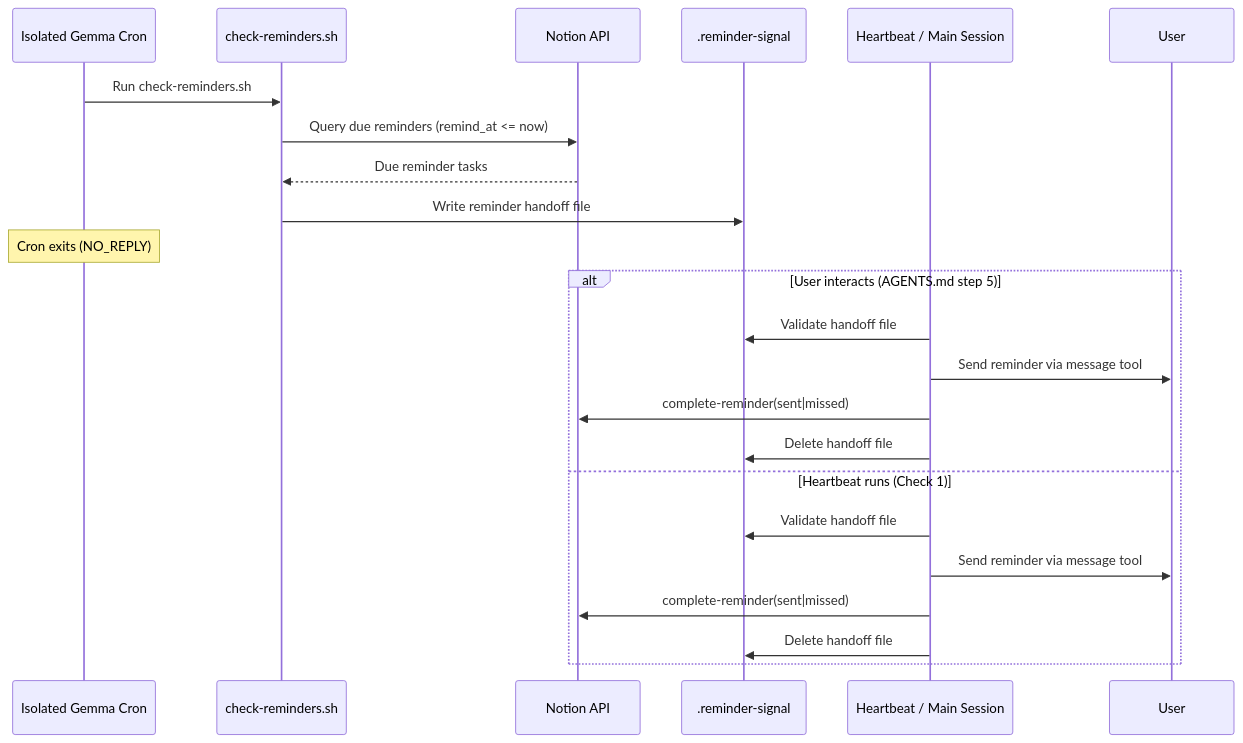
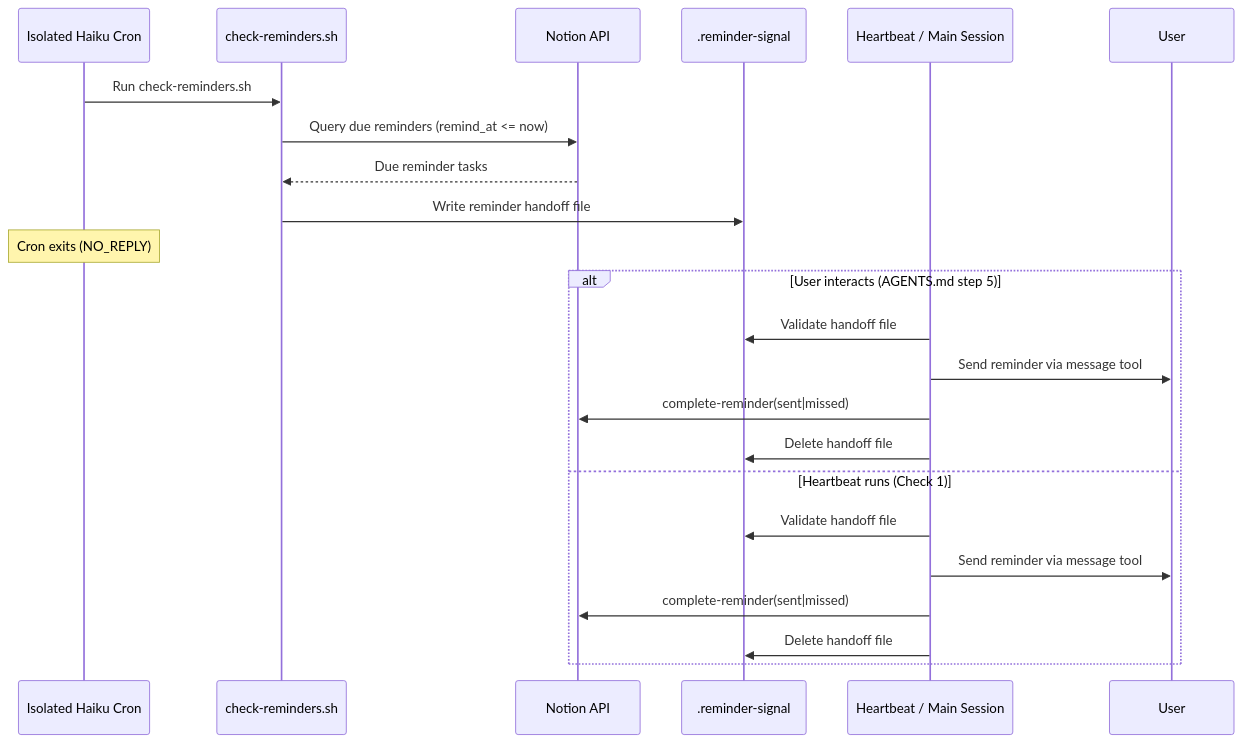
Before and after one commit to NickBorgersProbably/hide-my-list: diagram 22 of 28 in docs/user-interactions.md, drawn with Mermaid. The commit also changed other lines of this file and 31 other files, not shown here.

````diff
--- a/docs/user-interactions.md
+++ b/docs/user-interactions.md
@@ -757,26 +745,26 @@
 ```mermaid
 sequenceDiagram
-    participant Cron as Isolated Gemma Cron
+    participant Cron as Isolated Haiku Cron
     participant Scr as check-reminders.sh
     participant Notion as Notion API
     participant Signal as .reminder-signal
     participant Delivery as Heartbeat / Main Session
     participant User
 
     Cron->>Scr: Run check-reminders.sh
     Scr->>Notion: Query due reminders (remind_at <= now)
     Notion-->>Scr: Due reminder tasks
     Scr->>Signal: Write reminder handoff file
     Note over Cron: Cron exits (NO_REPLY)
     alt User interacts (AGENTS.md step 5)
         Delivery->>Signal: Validate handoff file
         Delivery->>User: Send reminder via message tool
         Delivery->>Notion: complete-reminder(sent|missed)
         Delivery->>Signal: Delete handoff file
     else Heartbeat runs (Check 1)
         Delivery->>Signal: Validate handoff file
         Delivery->>User: Send reminder via message tool
         Delivery->>Notion: complete-reminder(sent|missed)
         Delivery->>Signal: Delete handoff file
     end
 ```
````
